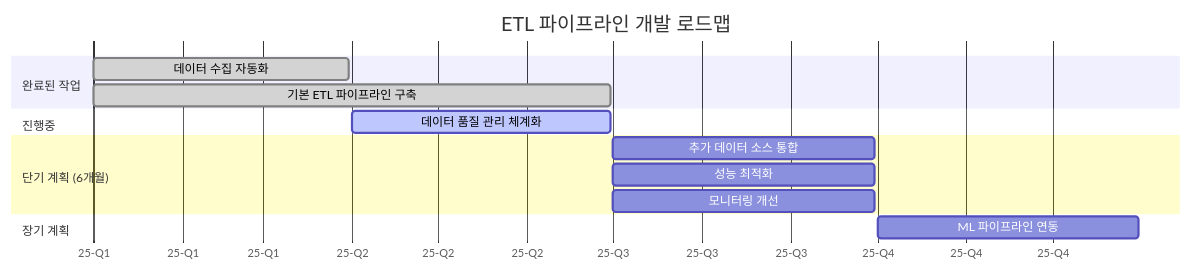
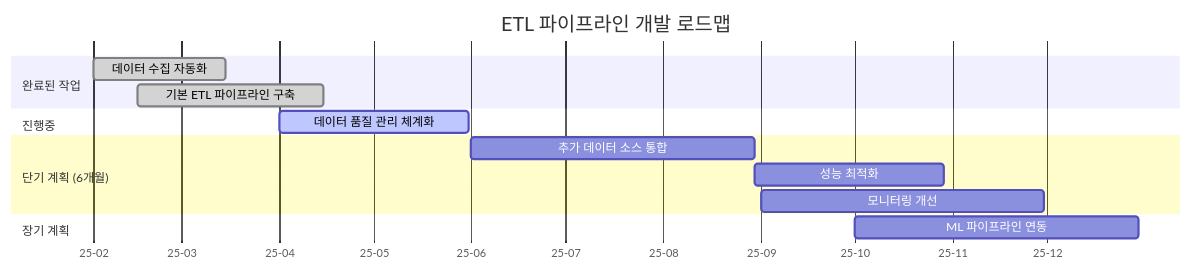
One commit to yeokyeong-yoon/yeokyeong-yoon.github.io changed the fifth of 5 diagrams in _posts/2025-03-18-etl-pipeline.md. Above: the diagram before and after it, drawn with Mermaid. The commit also changed other lines of this file, not shown here.

Commit message:
Fix blog diagram contents

```diff
--- a/_posts/2025-03-18-etl-pipeline.md
+++ b/_posts/2025-03-18-etl-pipeline.md
@@ -304,21 +341,21 @@
 <div class="mermaid">
 gantt
     title ETL 파이프라인 개발 로드맵
     dateFormat  YYYY-MM-DD
-    axisFormat %y-Q%q
+    axisFormat %y-%m
     
     section 완료된 작업
-    데이터 수집 자동화      :done, task1, 2025-01-01, 2025-03-31
-    기본 ETL 파이프라인 구축 :done, task2, 2025-01-01, 2025-06-30
+    데이터 수집 자동화      :done, task1, 2025-02-01, 2025-03-15
+    기본 ETL 파이프라인 구축 :done, task2, 2025-02-15, 2025-04-15
     
     section 진행중
-    데이터 품질 관리 체계화  :active, task3, 2025-04-01, 2025-06-30
+    데이터 품질 관리 체계화  :active, task3, 2025-04-01, 2025-05-31
     
     section 단기 계획 (6개월)
-    추가 데이터 소스 통합    :task4, 2025-07-01, 2025-09-30
-    성능 최적화            :task5, 2025-07-01, 2025-09-30
-    모니터링 개선           :task6, 2025-07-01, 2025-09-30
+    추가 데이터 소스 통합    :task4, 2025-06-01, 90d
+    성능 최적화            :task5, after task4, 60d
+    모니터링 개선           :task6, 2025-09-01, 90d
     
     section 장기 계획
-    ML 파이프라인 연동      :task8, 2025-10-01, 2025-12-31
+    ML 파이프라인 연동      :task8, 2025-10-01, 90d
 </div>
```
